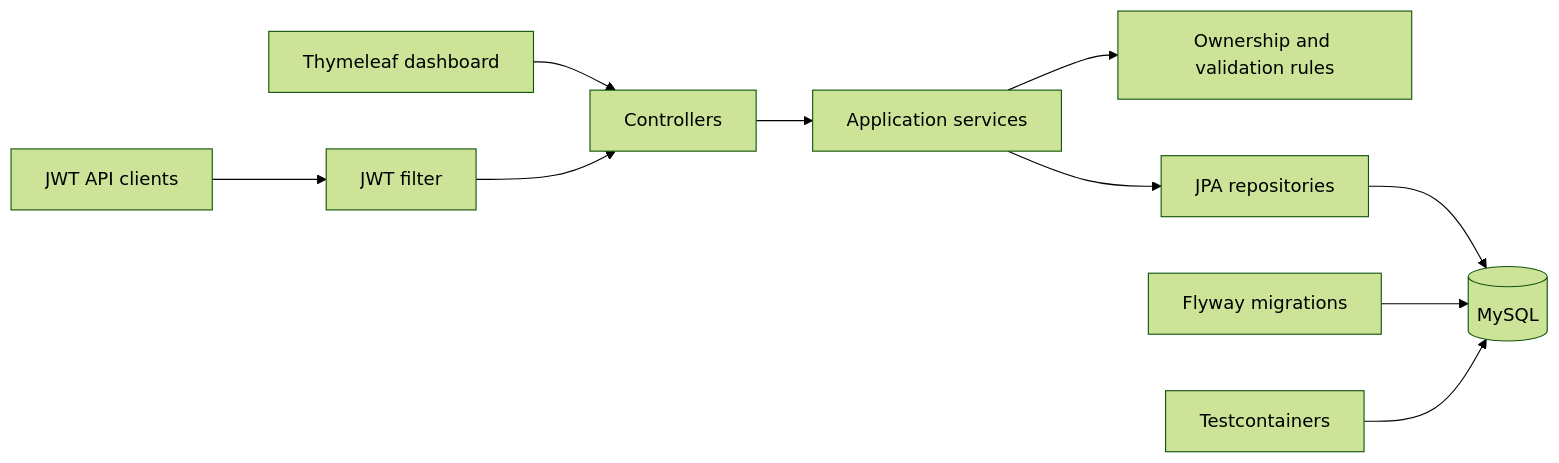
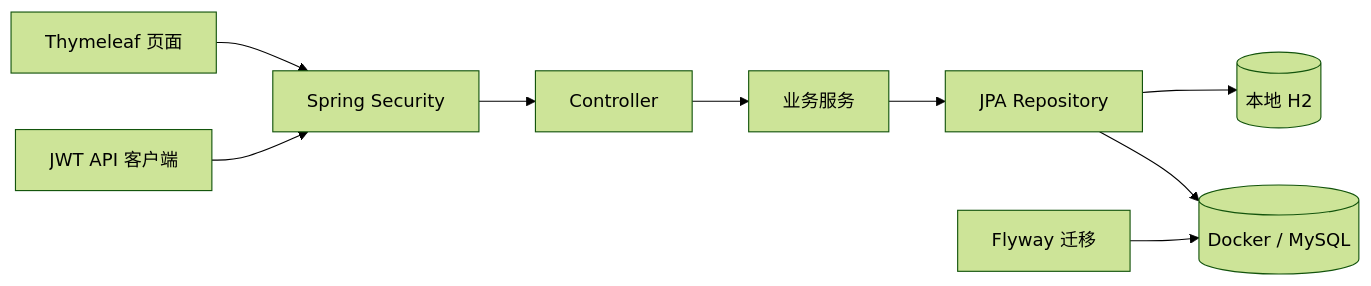
The diagram in README.md (xyl0619/Expense), drawn with Mermaid (forest theme) before and after one commit. The commit also changed other lines of this file and 38 other files, not shown here.

````diff
--- a/README.md
+++ b/README.md
@@ -23,12 +43,11 @@
 ```mermaid
 flowchart LR
-    UI[Thymeleaf dashboard] --> WEB[Controllers]
-    API[JWT API clients] --> JWT[JWT filter]
-    JWT --> WEB
-    WEB --> APP[Application services]
-    APP --> AUTH[Ownership and validation rules]
-    APP --> REPO[JPA repositories]
-    REPO --> DB[(MySQL)]
-    FLYWAY[Flyway migrations] --> DB
-    TESTS[Testcontainers] --> DB
+    UI[Thymeleaf 页面] --> SECURITY[Spring Security]
+    API[JWT API 客户端] --> SECURITY
+    SECURITY --> CONTROLLER[Controller]
+    CONTROLLER --> SERVICE[业务服务]
+    SERVICE --> REPOSITORY[JPA Repository]
+    REPOSITORY --> H2[(本地 H2)]
+    REPOSITORY --> MYSQL[(Docker / MySQL)]
+    FLYWAY[Flyway 迁移] --> MYSQL
 ```
````
